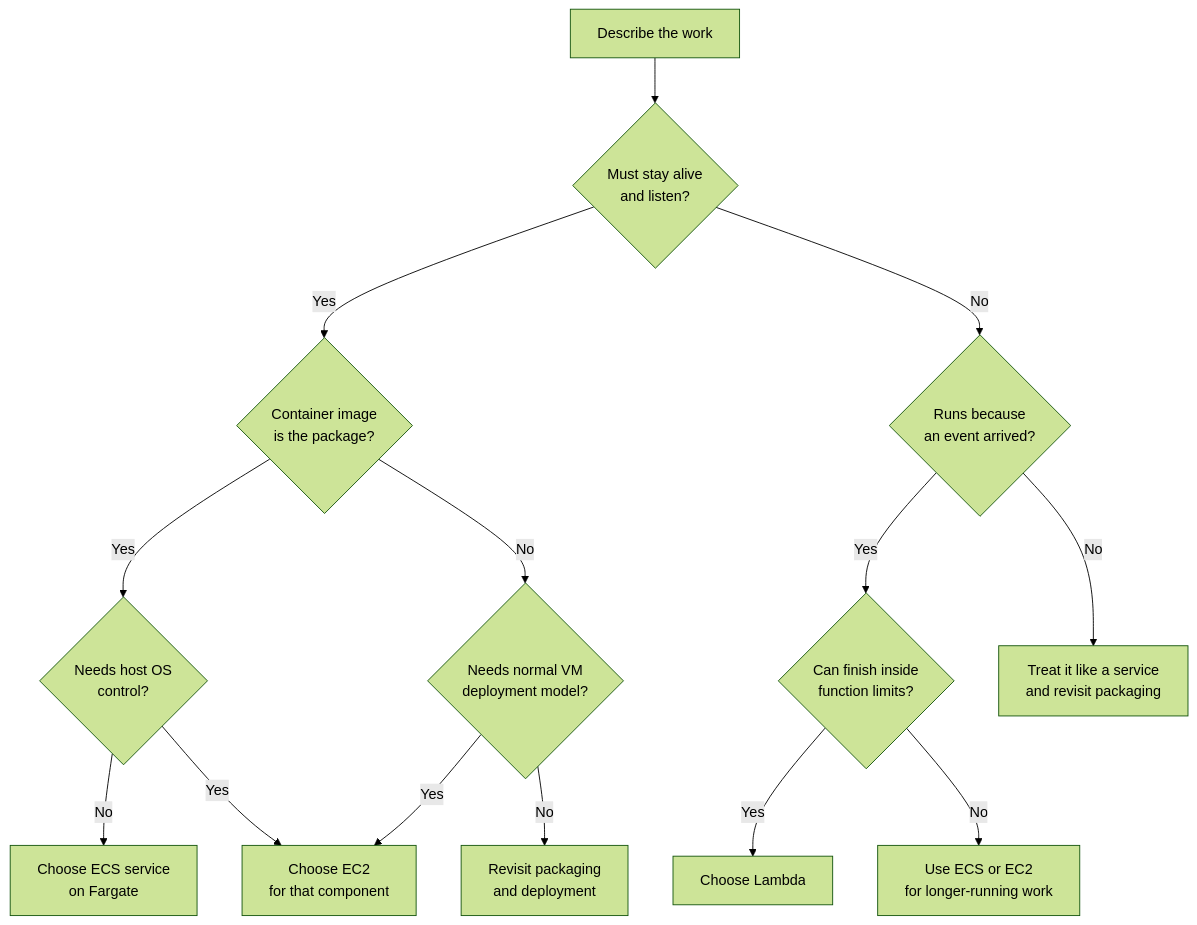
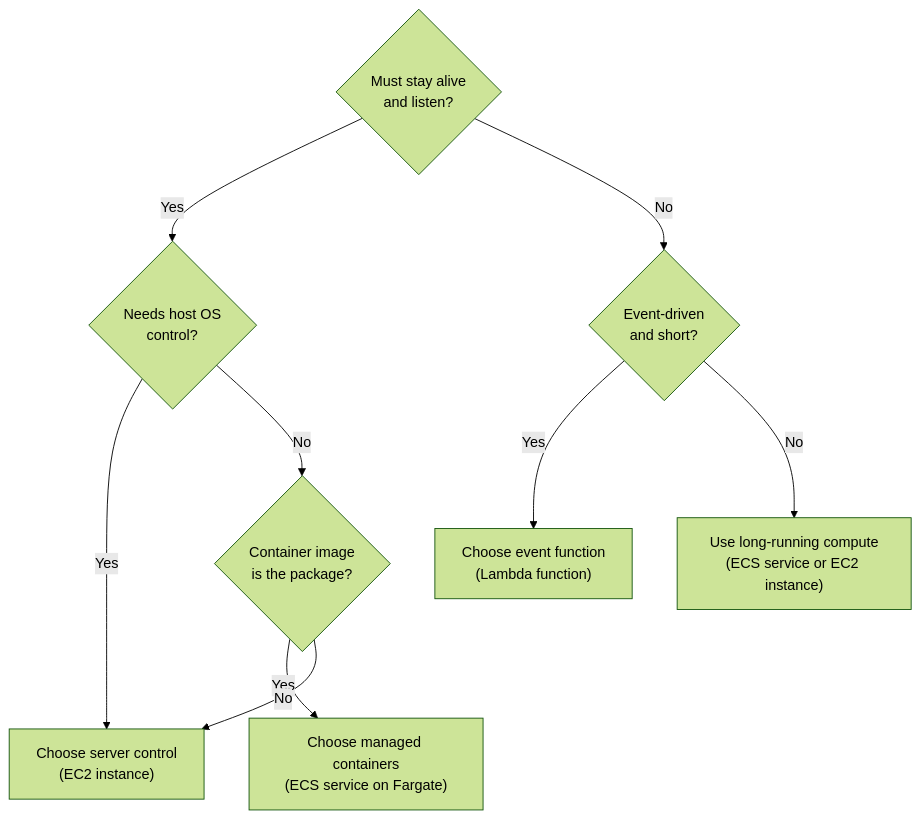
One commit to senlinyy/dev-roadmaps changed the diagram in cloud-providers/aws/compute-application-hosting/choosing-ec2-ecs-or-lambda.md. Above: the diagram before and after it, drawn with Mermaid (forest theme). The commit also changed 89 other files, not shown here.

````diff
--- a/cloud-providers/aws/compute-application-hosting/choosing-ec2-ecs-or-lambda.md
+++ b/cloud-providers/aws/compute-application-hosting/choosing-ec2-ecs-or-lambda.md
@@ -186,16 +186,12 @@
 ```mermaid
 flowchart TD
-    A["Describe the work"] --> B{"Must stay alive<br/>and listen?"}
-    B -->|Yes| C{"Container image<br/>is the package?"}
-    B -->|No| D{"Runs because<br/>an event arrived?"}
-    C -->|Yes| E{"Needs host OS<br/>control?"}
-    C -->|No| F{"Needs normal VM<br/>deployment model?"}
-    E -->|No| G["Choose ECS service<br/>on Fargate"]
-    E -->|Yes| H["Choose EC2<br/>for that component"]
-    F -->|Yes| H
-    F -->|No| I["Revisit packaging<br/>and deployment"]
-    D -->|Yes| J{"Can finish inside<br/>function limits?"}
-    D -->|No| L["Treat it like a service<br/>and revisit packaging"]
-    J -->|Yes| K["Choose Lambda"]
-    J -->|No| M["Use ECS or EC2<br/>for longer-running work"]
+    B{"Must stay alive<br/>and listen?"}
+    B -->|Yes| C{"Needs host OS<br/>control?"}
+    C -->|Yes| EC2["Choose server control<br/>(EC2 instance)"]
+    C -->|No| D{"Container image<br/>is the package?"}
+    D -->|Yes| ECS["Choose managed containers<br/>(ECS service on Fargate)"]
+    D -->|No| EC2
+    B -->|No| E{"Event-driven<br/>and short?"}
+    E -->|Yes| LAMBDA["Choose event function<br/>(Lambda function)"]
+    E -->|No| MIXED["Use long-running compute<br/>(ECS service or EC2 instance)"]
 ```
````
